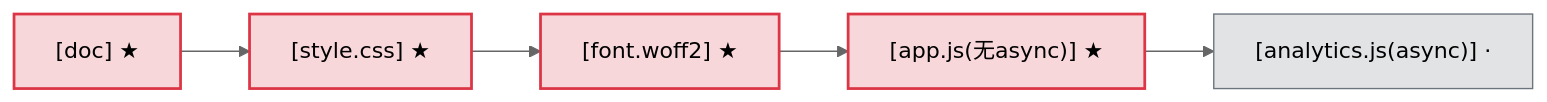
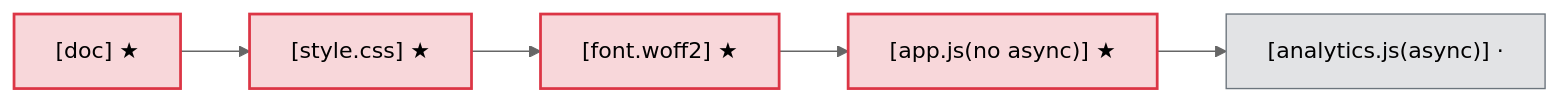
One commit to hitechcloud-vietnam/har-skills changed the second of 5 diagrams in website/zh/internals/waterfall.md. Above: the diagram before and after it, drawn with Mermaid (neutral theme). The commit also changed other lines of this file and 97 other files, not shown here.

````diff
--- a/website/zh/internals/waterfall.md
+++ b/website/zh/internals/waterfall.md
@@ -123,9 +128,9 @@
 ```mermaid
 flowchart LR
   DOC["[doc] ★"]:::crit --> CSS["[style.css] ★"]:::crit
   CSS --> FONT["[font.woff2] ★"]:::crit
-  FONT --> APPJS["[app.js(无async)] ★"]:::crit
+  FONT --> APPJS["[app.js(no async)] ★"]:::crit
   APPJS --> ANALYTICS["[analytics.js(async)] ·"]:::noncrit
   classDef crit fill:#f8d7da,stroke:#dc3545,stroke-width:2px
   classDef noncrit fill:#e2e3e5,stroke:#6c757d
 ```
````
